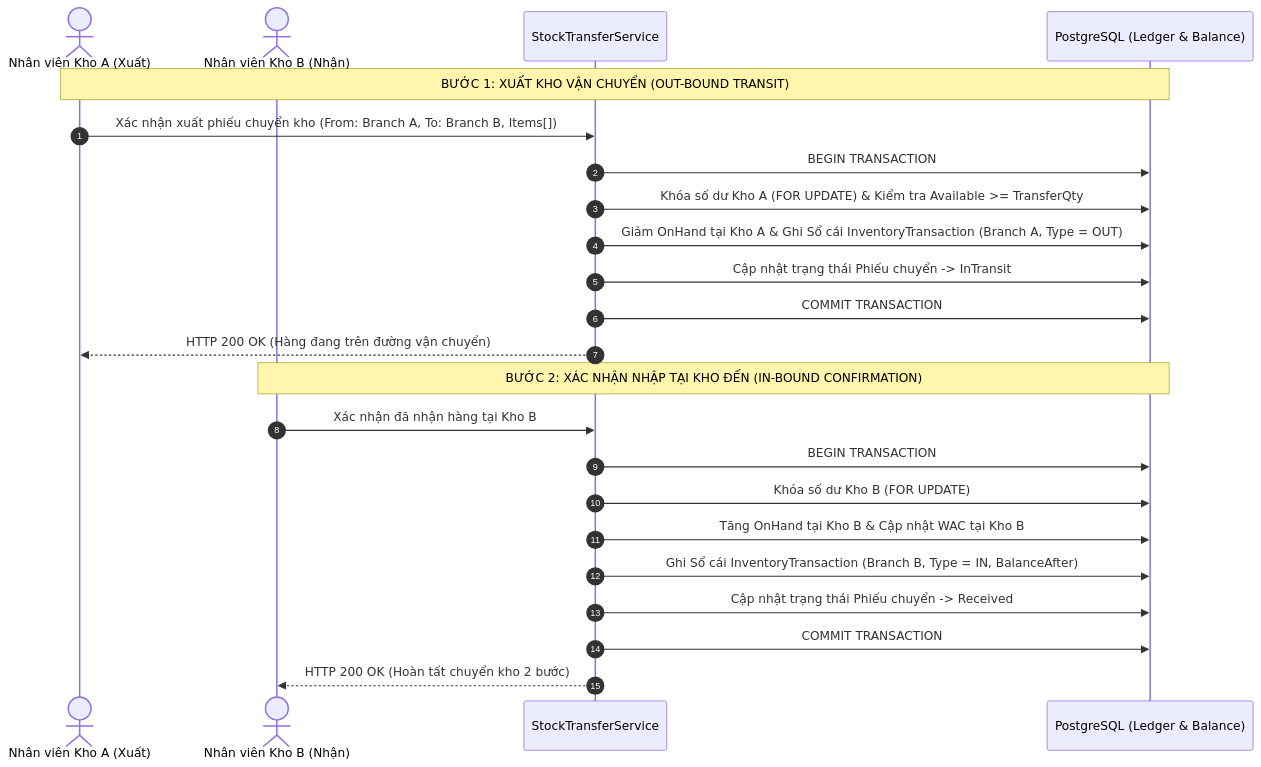
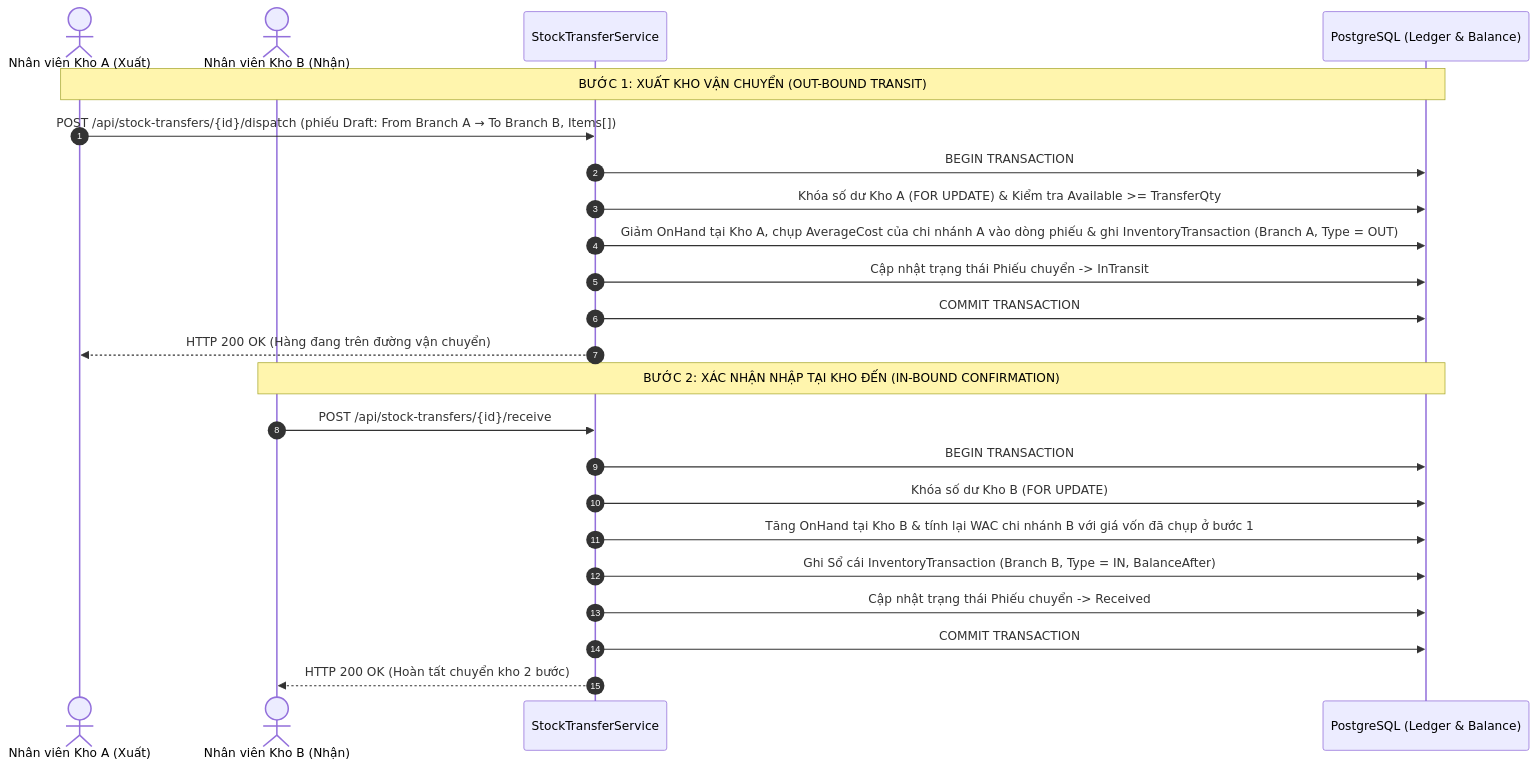
The diagram in docs/04-architecture-and-design/sequence-diagrams/seq-warehouse-transfer.md (khoalvd839764-netizen/OISMS), drawn with Mermaid before and after one commit. The commit also changed other lines of this file and 103 other files, not shown here.

````diff
--- a/docs/04-architecture-and-design/sequence-diagrams/seq-warehouse-transfer.md
+++ b/docs/04-architecture-and-design/sequence-diagrams/seq-warehouse-transfer.md
@@ -23,27 +24,27 @@
 ```mermaid
 sequenceDiagram
     autonumber
     actor StaffA as Nhân viên Kho A (Xuất)
     actor StaffB as Nhân viên Kho B (Nhận)
     participant API as StockTransferService
     participant DB as PostgreSQL (Ledger & Balance)
 
     Note over StaffA, DB: BƯỚC 1: XUẤT KHO VẬN CHUYỂN (OUT-BOUND TRANSIT)
-    StaffA->>API: Xác nhận xuất phiếu chuyển kho (From: Branch A, To: Branch B, Items[])
+    StaffA->>API: POST /api/stock-transfers/{id}/dispatch (phiếu Draft: From Branch A → To Branch B, Items[])
     API->>DB: BEGIN TRANSACTION
     API->>DB: Khóa số dư Kho A (FOR UPDATE) & Kiểm tra Available >= TransferQty
-    API->>DB: Giảm OnHand tại Kho A & Ghi Sổ cái InventoryTransaction (Branch A, Type = OUT)
+    API->>DB: Giảm OnHand tại Kho A, chụp AverageCost của chi nhánh A vào dòng phiếu & ghi InventoryTransaction (Branch A, Type = OUT)
     API->>DB: Cập nhật trạng thái Phiếu chuyển -> InTransit
     API->>DB: COMMIT TRANSACTION
     API-->>StaffA: HTTP 200 OK (Hàng đang trên đường vận chuyển)
 
     Note over StaffB, DB: BƯỚC 2: XÁC NHẬN NHẬP TẠI KHO ĐẾN (IN-BOUND CONFIRMATION)
-    StaffB->>API: Xác nhận đã nhận hàng tại Kho B
+    StaffB->>API: POST /api/stock-transfers/{id}/receive
     API->>DB: BEGIN TRANSACTION
     API->>DB: Khóa số dư Kho B (FOR UPDATE)
-    API->>DB: Tăng OnHand tại Kho B & Cập nhật WAC tại Kho B
+    API->>DB: Tăng OnHand tại Kho B & tính lại WAC chi nhánh B với giá vốn đã chụp ở bước 1
     API->>DB: Ghi Sổ cái InventoryTransaction (Branch B, Type = IN, BalanceAfter)
     API->>DB: Cập nhật trạng thái Phiếu chuyển -> Received
     API->>DB: COMMIT TRANSACTION
     API-->>StaffB: HTTP 200 OK (Hoàn tất chuyển kho 2 bước)
 ```
````
